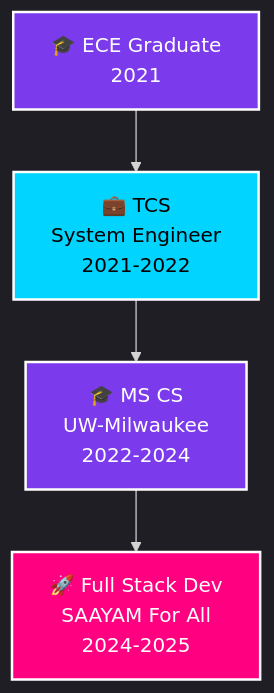
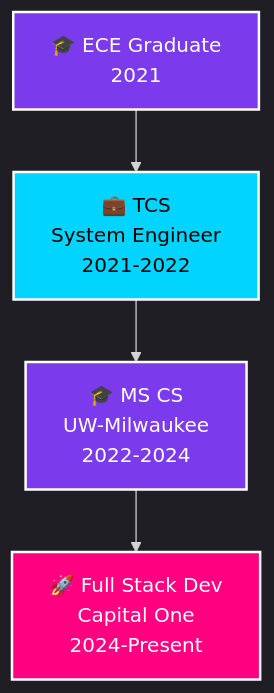
Before and after one commit to ShreyaAdla/ShreyaAdla: the diagram in README.md, drawn with Mermaid.

````diff
--- a/README.md
+++ b/README.md
@@ -68,12 +68,12 @@
 ```mermaid
 %%{init: {'theme':'dark'}}%%
 graph TD
     A[🎓 ECE Graduate<br/>2021] --> B[💼 TCS<br/>System Engineer<br/>2021-2022]
     B --> C[🎓 MS CS<br/>UW-Milwaukee<br/>2022-2024]
-    C --> D[🚀 Full Stack Dev<br/>SAAYAM For All<br/>2024-2025]
+    C --> D[🚀 Full Stack Dev<br/>Capital One<br/>2024-Present]
     
     style A fill:#7c3aed,stroke:#fff,stroke-width:2px,color:#fff
     style B fill:#00d4ff,stroke:#fff,stroke-width:2px,color:#000
     style C fill:#7c3aed,stroke:#fff,stroke-width:2px,color:#fff
     style D fill:#ff0080,stroke:#fff,stroke-width:2px,color:#fff
 ```
````
